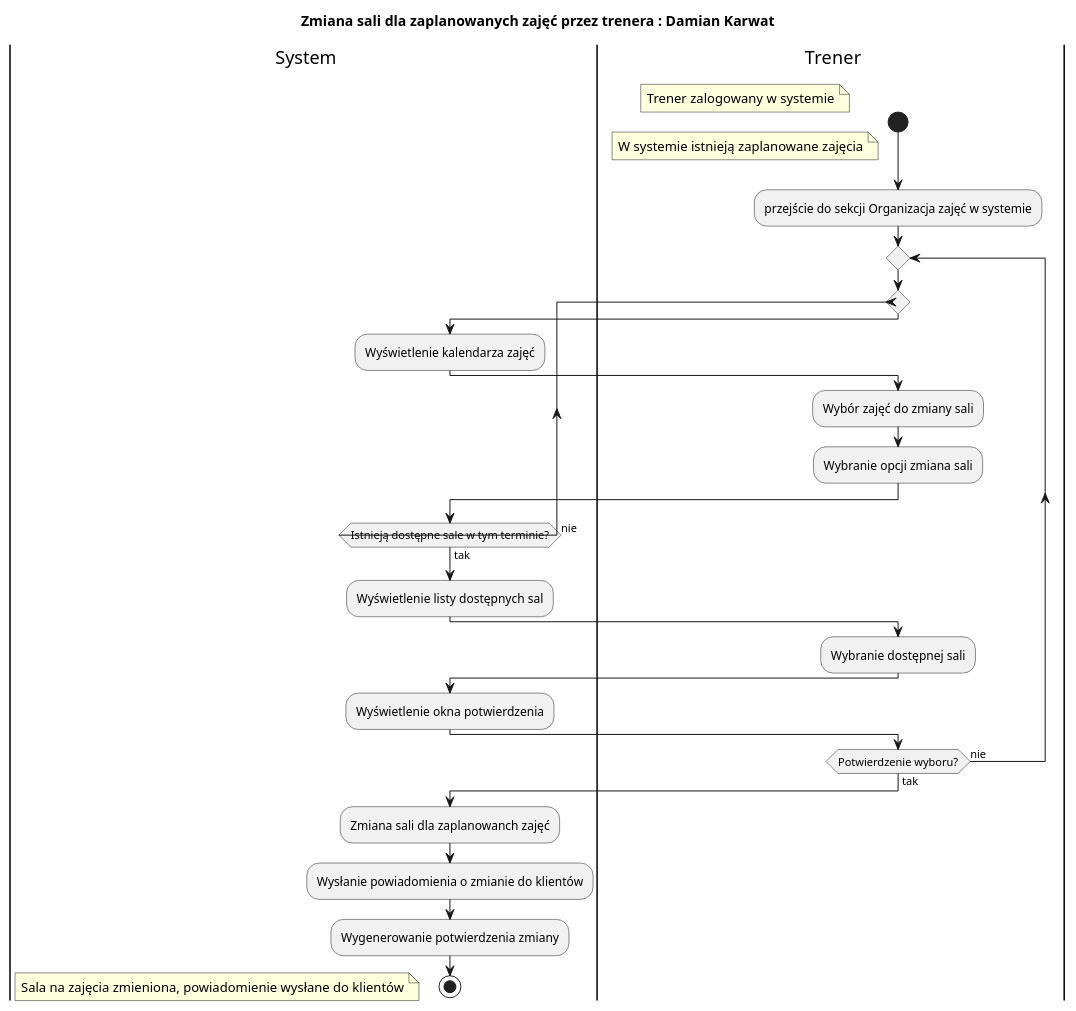
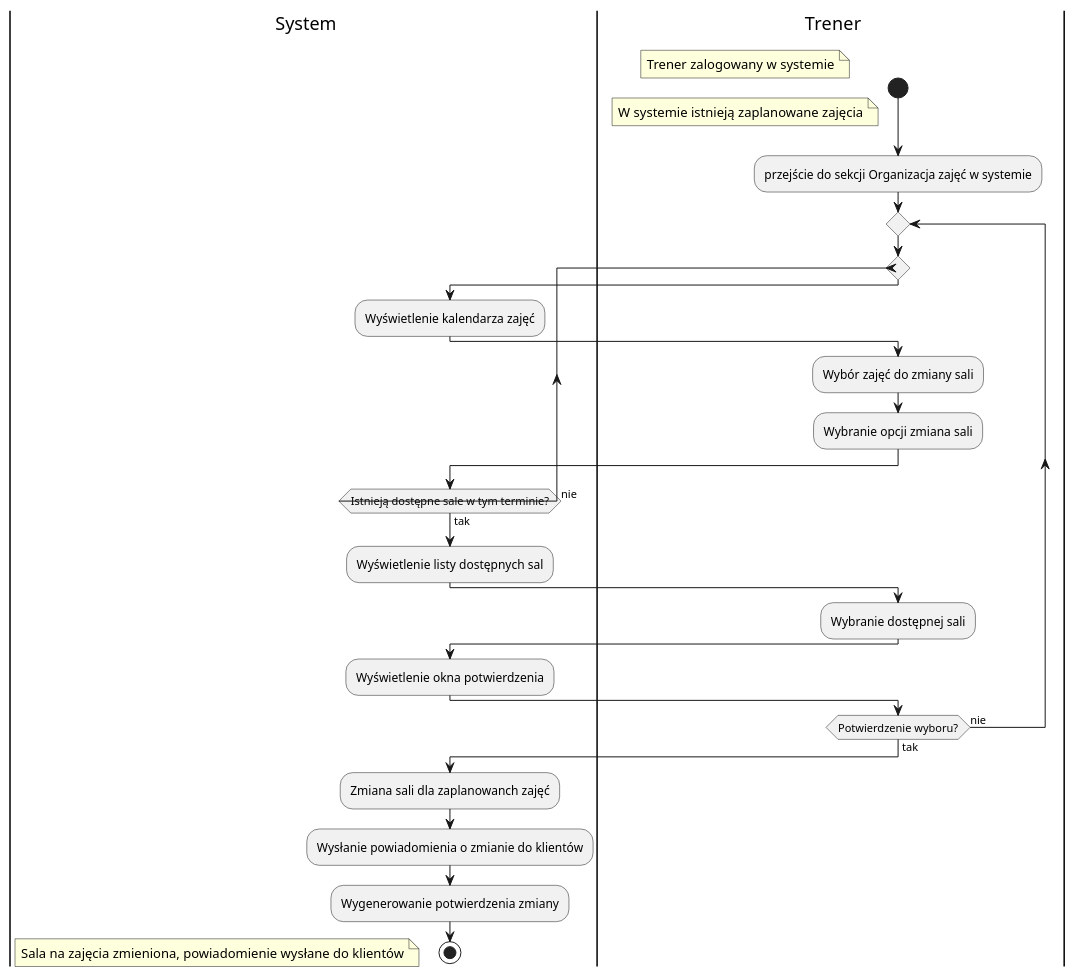
Before and after one commit to filip-stepien/software-engineering-lab: the diagram in src/activity_diagrams/Damian Karwat/zmiana_sali_zajec.puml, drawn with PlantUML. The commit also changed 10 other files, not shown here.

Commit message:
exported the activity diagrams and added them to the html

```diff
--- a/src/activity_diagrams/Damian Karwat/zmiana_sali_zajec.puml
+++ b/src/activity_diagrams/Damian Karwat/zmiana_sali_zajec.puml
@@ -1,33 +1,32 @@
 @startuml
 
-title Zmiana sali dla zaplanowanych zajęć przez trenera : Damian Karwat
 |s| System
 |t| Trener
 start
 floating note left: Trener zalogowany w systemie
 floating note left: W systemie istnieją zaplanowane zajęcia
 :przejście do sekcji Organizacja zajęć w systemie;
 repeat
     repeat
         |s|
         :Wyświetlenie kalendarza zajęć;
         |t|
         :Wybór zajęć do zmiany sali;
         :Wybranie opcji zmiana sali;
         |s|
     repeat while (Istnieją dostępne sale w tym terminie?) is (nie) not (tak)
     :Wyświetlenie listy dostępnych sal;
     |t|
     :Wybranie dostępnej sali;
     |s|
     :Wyświetlenie okna potwierdzenia;
     |t|
 repeat while (Potwierdzenie wyboru?) is (nie) not (tak)
 |s|
 :Zmiana sali dla zaplanowanch zajęć;
 :Wysłanie powiadomienia o zmianie do klientów;
 :Wygenerowanie potwierdzenia zmiany;
 stop
 floating note left: Sala na zajęcia zmieniona, powiadomienie wysłane do klientów
 
 @enduml
```
